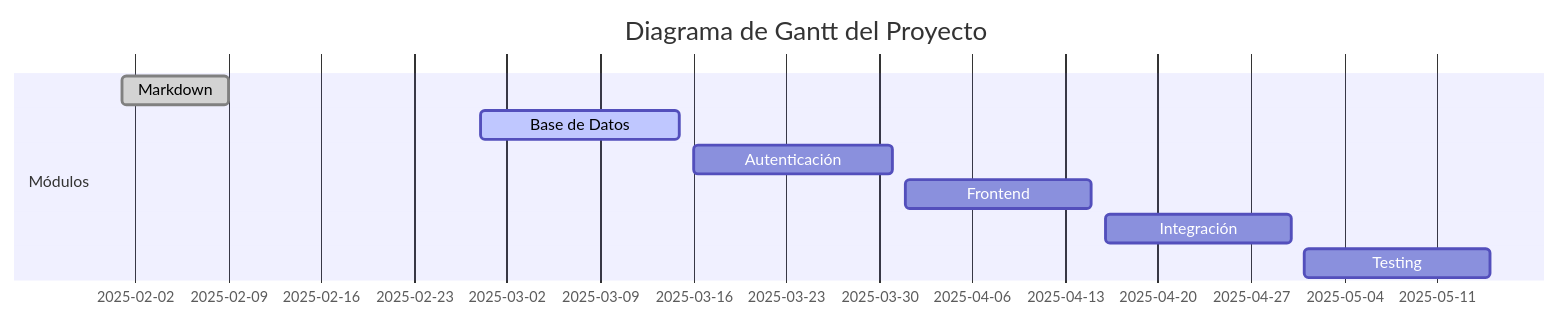
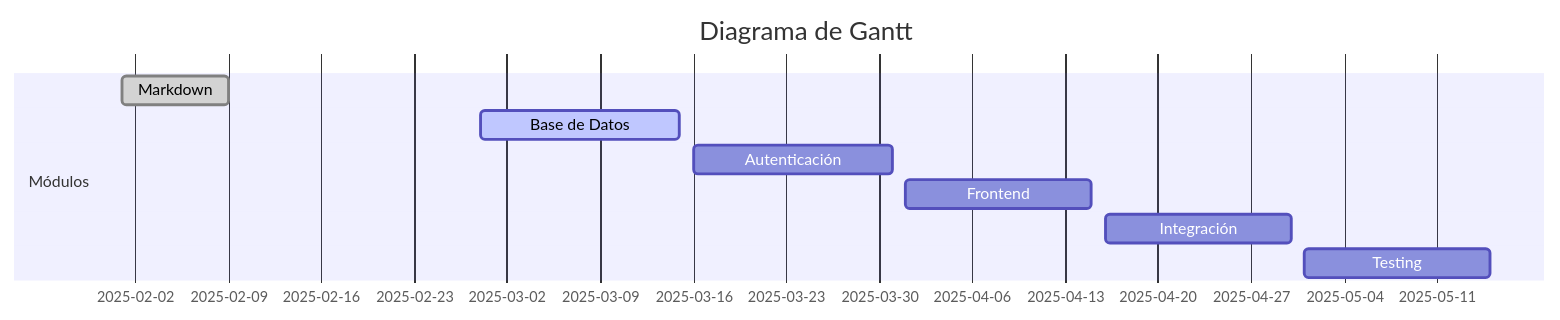
The third of 5 diagrams in README.md (ROchoa999/TFG_ROchoa), drawn with Mermaid before and after one commit.

Commit message:
Gant editado

````diff
--- a/README.md
+++ b/README.md
@@ -103,12 +103,12 @@
 ```mermaid
 gantt
-    title Diagrama de Gantt del Proyecto
+    title Diagrama de Gantt
     dateFormat  YYYY-MM-DD
     section Módulos
     Markdown       :done,  des1, 2025-02-01, 2025-02-09
     Base de Datos  :active, des2, 2025-02-28, 2025-03-15
     Autenticación  :        des3, 2025-03-16, 2025-03-31
     Frontend       :        des4, 2025-04-01, 2025-04-15
     Integración    :        des5, 2025-04-16, 2025-04-30
     Testing        :        des6, 2025-05-01, 2025-05-15
 ```
````
